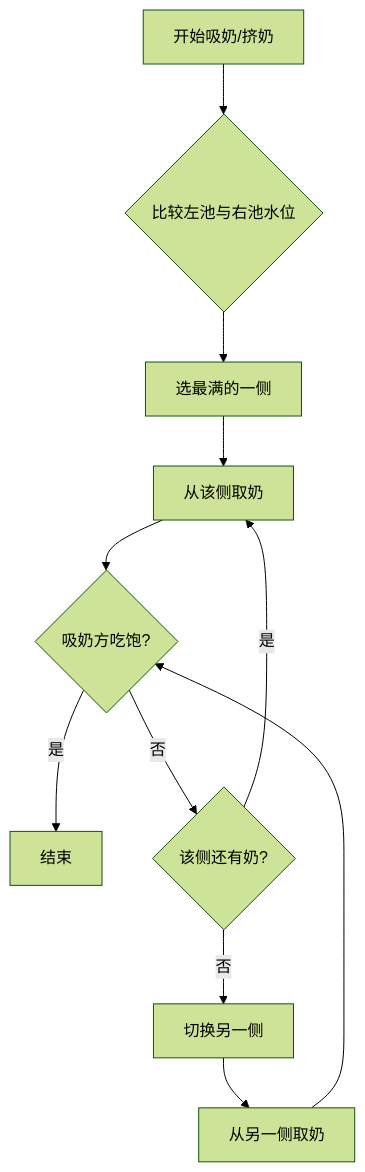
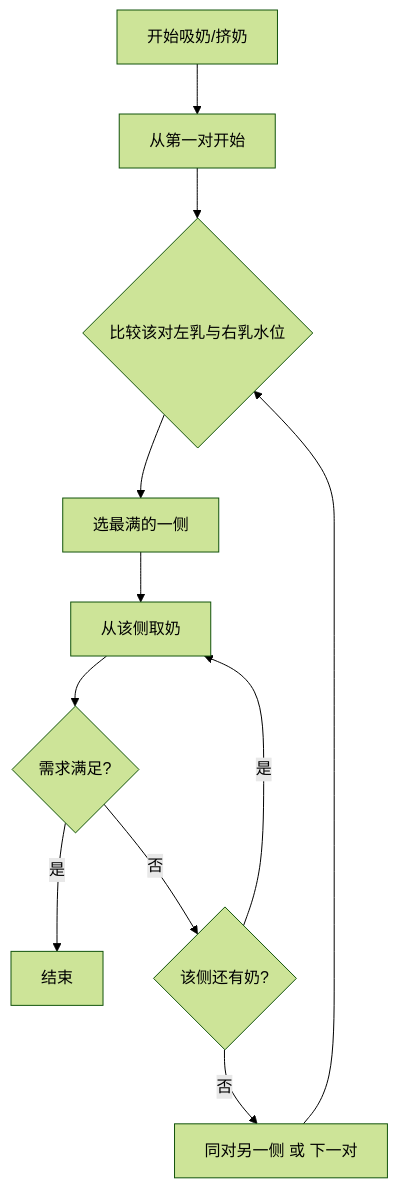
The fourth of 6 diagrams in Docs/泌乳系统逻辑图.md (q847633684/rjw-cummilk), drawn with Mermaid (forest theme) before and after one commit. The commit also changed other lines of this file and 40 other files, not shown here.

````diff
--- a/Docs/泌乳系统逻辑图.md
+++ b/Docs/泌乳系统逻辑图.md
@@ -88,13 +86,13 @@
 ```mermaid
 flowchart TD
-    A[开始吸奶/挤奶] --> B{比较左池与右池水位}
-    B --> C[选最满的一侧]
-    C --> D[从该侧取奶]
-    D --> E{吸奶方吃饱?}
-    E -->|是| F[结束]
-    E -->|否| G{该侧还有奶?}
-    G -->|否| H[切换另一侧]
-    G -->|是| D
-    H --> I[从另一侧取奶]
-    I --> E
+    A[开始吸奶/挤奶] --> B[从第一对开始]
+    B --> C{比较该对左乳与右乳水位}
+    C --> D[选最满的一侧]
+    D --> E[从该侧取奶]
+    E --> F{需求满足?}
+    F -->|是| G[结束]
+    F -->|否| H{该侧还有奶?}
+    H -->|否| I[同对另一侧 或 下一对]
+    H -->|是| E
+    I --> C
 ```
````
